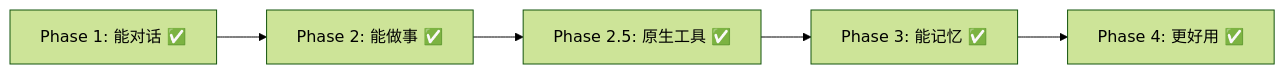
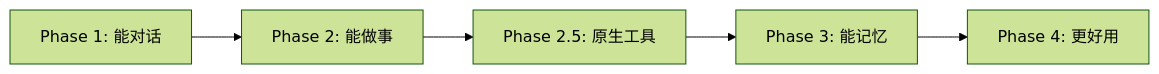
Before and after one commit to BakaAkari/AgentCore-Unity: the eighth of 8 diagrams in plans/ARCHITECTURE.md, drawn with Mermaid (forest theme). The commit also changed other lines of this file and 118 other files, not shown here.

````diff
--- a/plans/ARCHITECTURE.md
+++ b/plans/ARCHITECTURE.md
@@ -977,7 +977,7 @@
 ```mermaid
 graph LR
-    P1[Phase 1: 能对话 ✅] --> P2[Phase 2: 能做事 ✅]
-    P2 --> P25[Phase 2.5: 原生工具 ✅]
-    P25 --> P3[Phase 3: 能记忆 ✅]
-    P3 --> P4[Phase 4: 更好用 ✅]
+    P1[Phase 1: 能对话 ] --> P2[Phase 2: 能做事 ]
+    P2 --> P25[Phase 2.5: 原生工具 ]
+    P25 --> P3[Phase 3: 能记忆 ]
+    P3 --> P4[Phase 4: 更好用 ]
 ```
````
